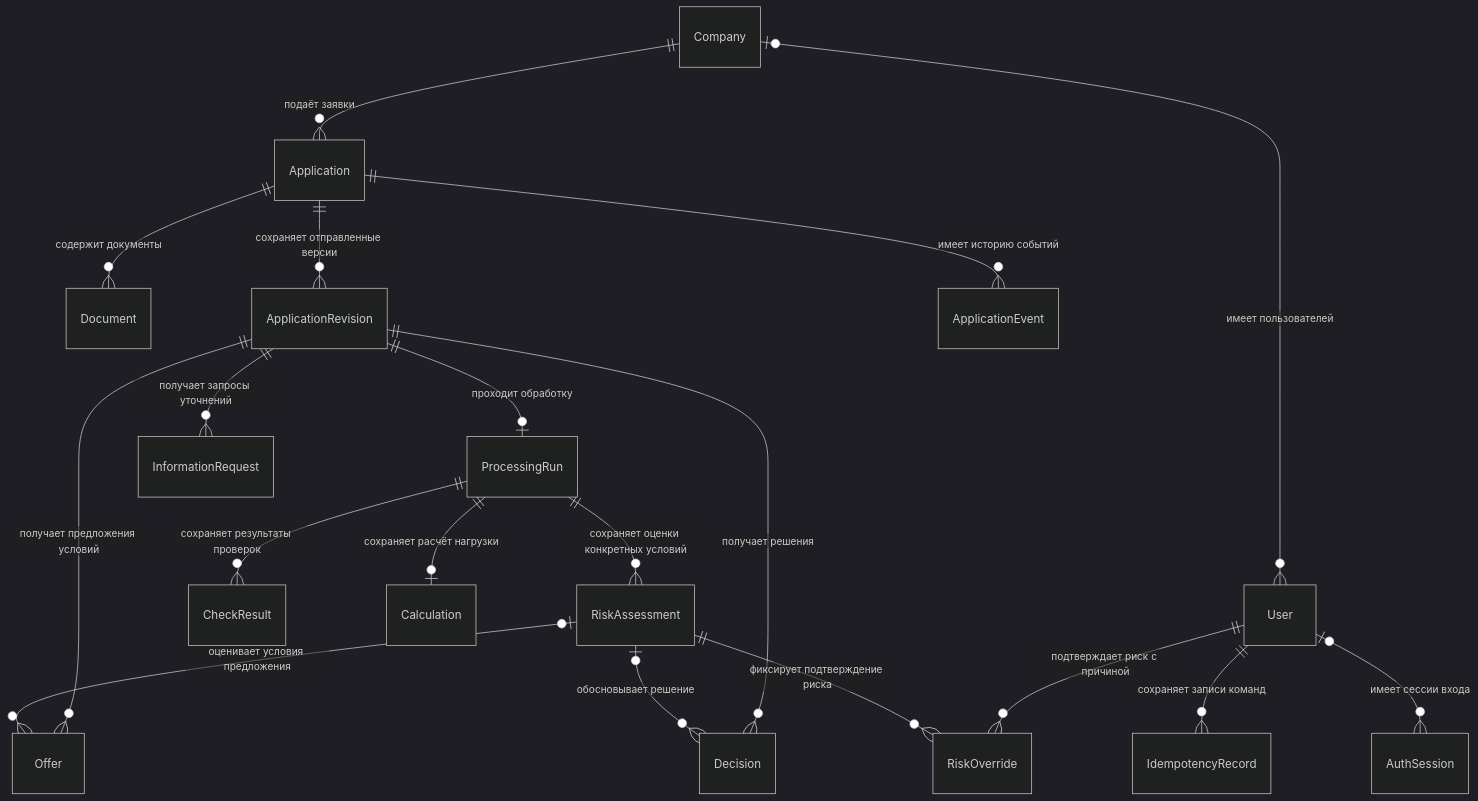
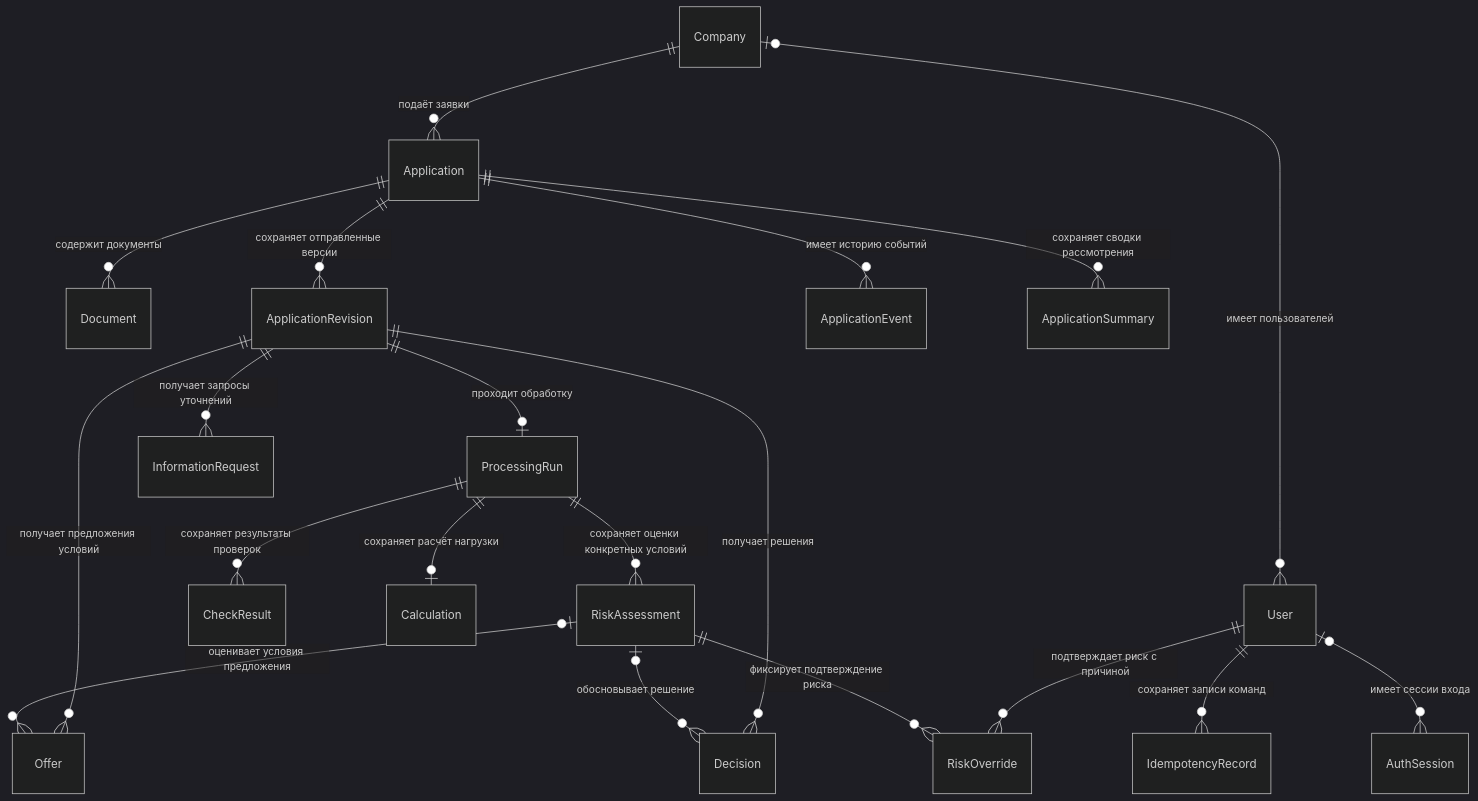
Before and after one commit to L3iHS/alfa-hack-smart-credit-cabinet: the second of 3 diagrams in docs/architecture.md, drawn with Mermaid (dark theme). The commit also changed other lines of this file and 1 other file, not shown here.

Commit message:
Document application numbers and reusable assistant summaries

````diff
--- a/docs/architecture.md
+++ b/docs/architecture.md
@@ -30,21 +30,22 @@
 ```mermaid
 erDiagram
     Company o|--o{ User : "имеет пользователей"
     Company ||--o{ Application : "подаёт заявки"
     Application ||--o{ Document : "содержит документы"
     Application ||--o{ ApplicationRevision : "сохраняет отправленные версии"
     Application ||--o{ ApplicationEvent : "имеет историю событий"
+    Application ||--o{ ApplicationSummary : "сохраняет сводки рассмотрения"
     ApplicationRevision ||--o| ProcessingRun : "проходит обработку"
     ProcessingRun ||--o{ CheckResult : "сохраняет результаты проверок"
     ProcessingRun ||--o| Calculation : "сохраняет расчёт нагрузки"
     ProcessingRun ||--o{ RiskAssessment : "сохраняет оценки конкретных условий"
     RiskAssessment o|--o{ Decision : "обосновывает решение"
     RiskAssessment o|--o{ Offer : "оценивает условия предложения"
     RiskAssessment ||--o{ RiskOverride : "фиксирует подтверждение риска"
     User ||--o{ RiskOverride : "подтверждает риск с причиной"
     ApplicationRevision ||--o{ Decision : "получает решения"
     ApplicationRevision ||--o{ InformationRequest : "получает запросы уточнений"
     ApplicationRevision ||--o{ Offer : "получает предложения условий"
     User o|--o{ AuthSession : "имеет сессии входа"
     User ||--o{ IdempotencyRecord : "сохраняет записи команд"
 ```
````
